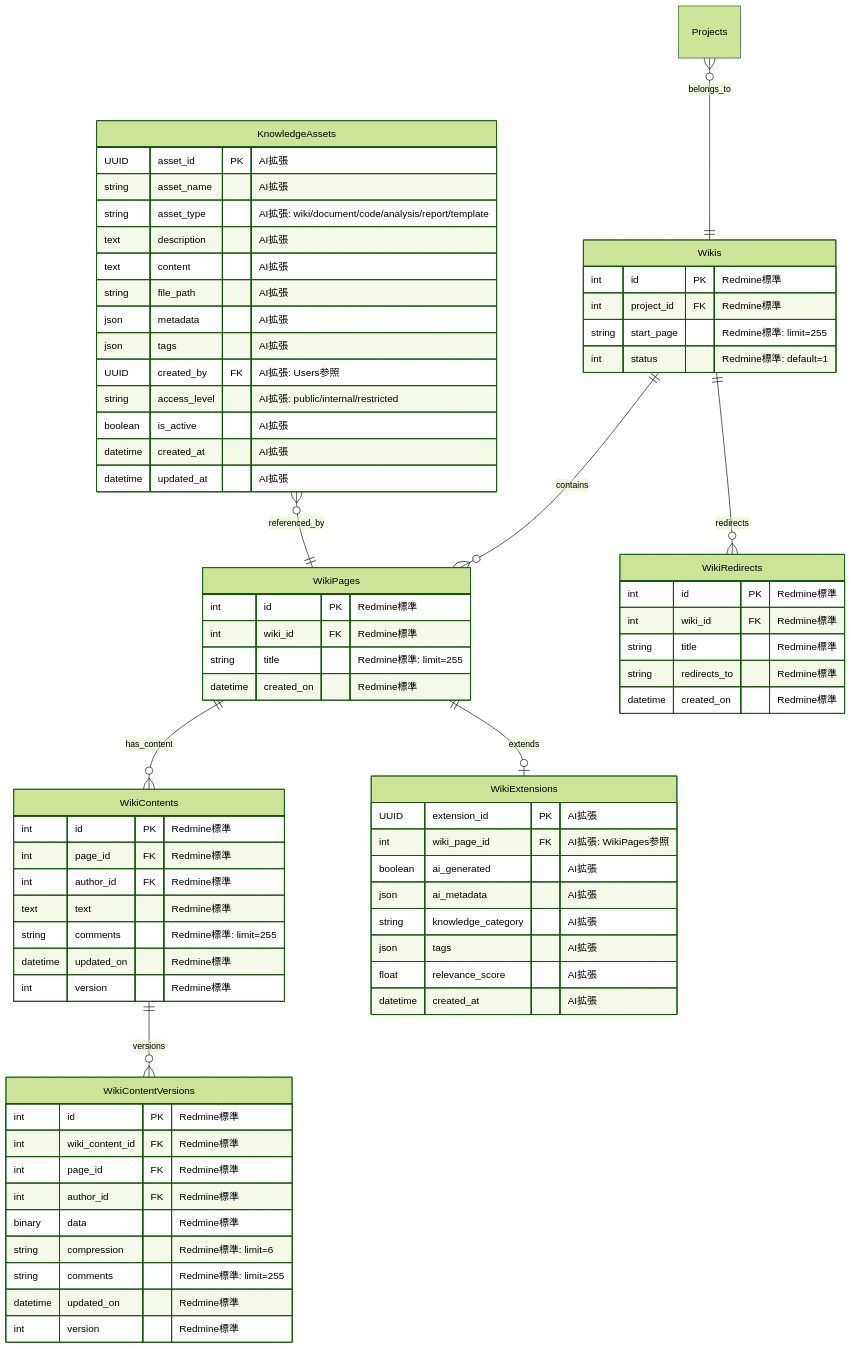
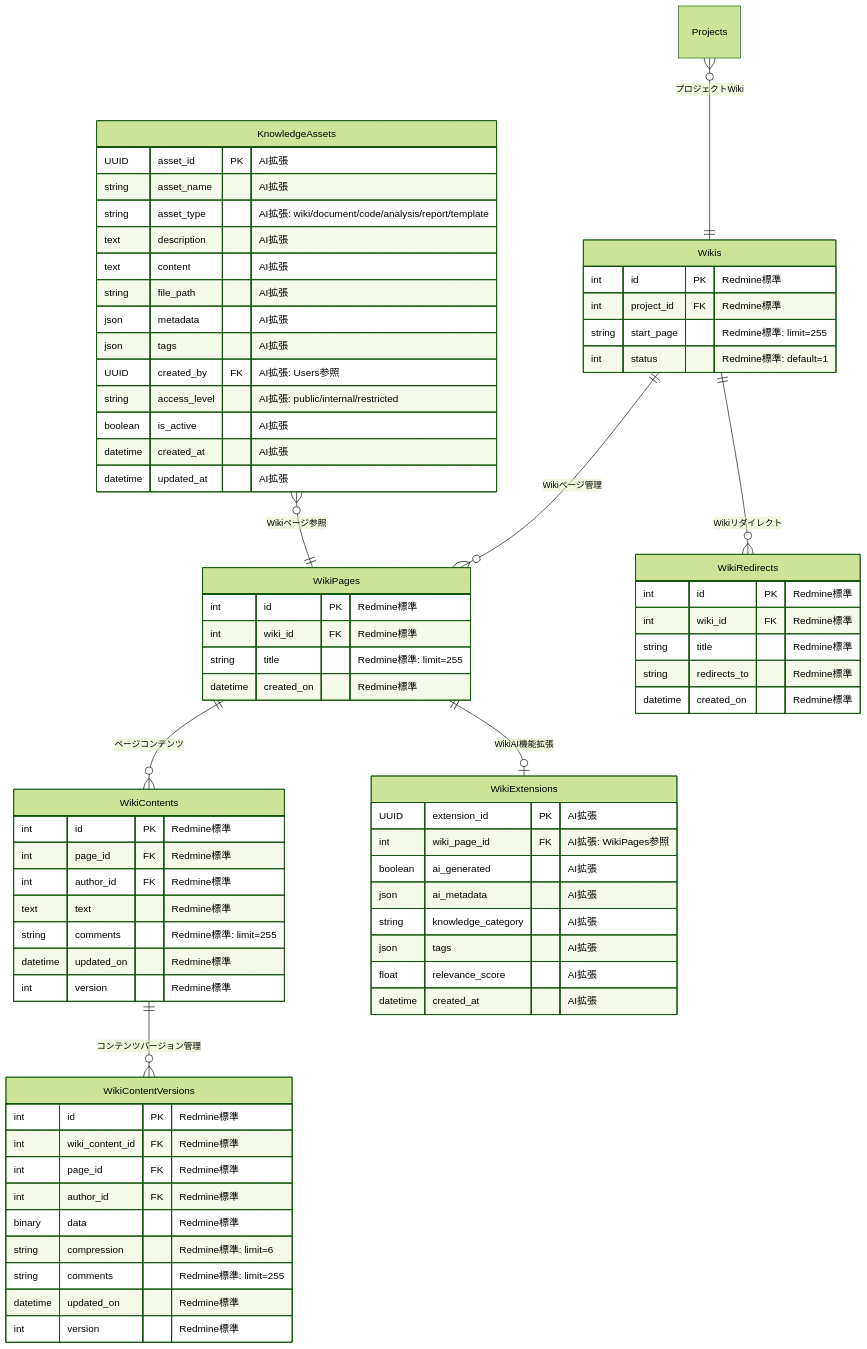
Before and after one commit to daichiTAAA/AgentOpsPlatform: diagram 21 of 29 in docs/030000_設計/035000_データ設計/035010_ER図.md, drawn with Mermaid (forest theme). The commit also changed other lines of this file, not shown here.

````diff
--- a/docs/030000_設計/035000_データ設計/035010_ER図.md
+++ b/docs/030000_設計/035000_データ設計/035010_ER図.md
@@ -905,13 +1130,13 @@
     }
     
     %% 関係性
-    Projects }o--|| Wikis : belongs_to
-    Wikis ||--o{ WikiPages : contains
-    WikiPages ||--o{ WikiContents : has_content
-    WikiPages ||--o| WikiExtensions : extends
-    WikiContents ||--o{ WikiContentVersions : versions
-    Wikis ||--o{ WikiRedirects : redirects
+    Projects }o--|| Wikis : "プロジェクトWiki"
+    Wikis ||--o{ WikiPages : "Wikiページ管理"
+    WikiPages ||--o{ WikiContents : "ページコンテンツ"
+    WikiPages ||--o| WikiExtensions : "WikiAI機能拡張"
+    WikiContents ||--o{ WikiContentVersions : "コンテンツバージョン管理"
+    Wikis ||--o{ WikiRedirects : "Wikiリダイレクト"
     
     %% AI拡張との連携
-    KnowledgeAssets }o--|| WikiPages : referenced_by
+    KnowledgeAssets }o--|| WikiPages : "Wikiページ参照"
 ```
````
